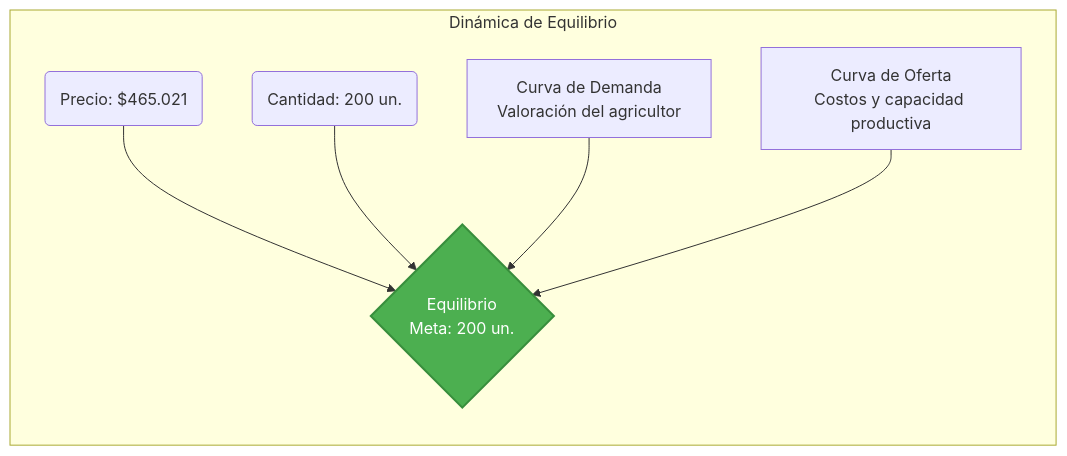
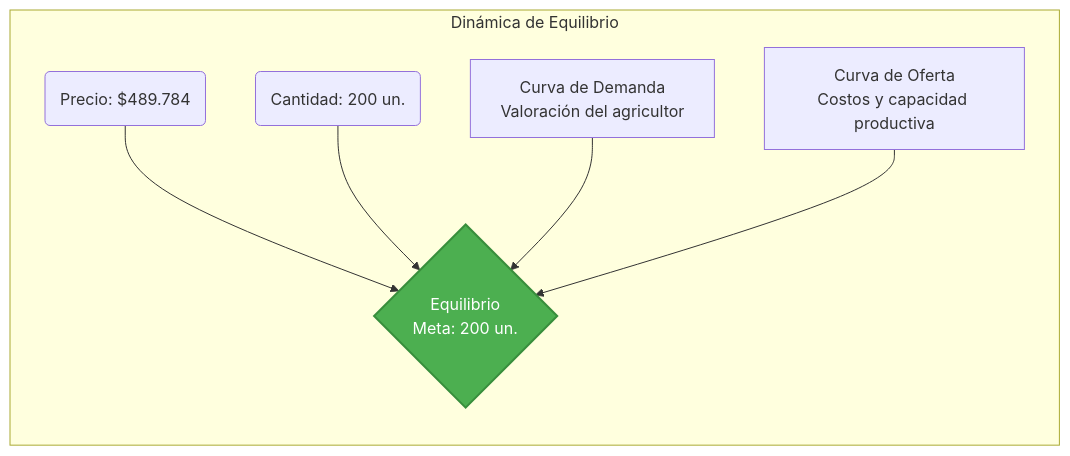
Before and after one commit to Alvarinhoooo7/TerraSence: the first of 3 diagrams in Comercializacion de Tecnologias/README.md, drawn with Mermaid. The commit also changed other lines of this file and 26 other files, not shown here.

````diff
--- a/Comercializacion de Tecnologias/README.md
+++ b/Comercializacion de Tecnologias/README.md
@@ -72,10 +72,10 @@
 ```mermaid
 graph LR
     subgraph Equilibrio ["Dinámica de Equilibrio"]
-        P(Precio: $465.021) --> E{Equilibrio<br>Meta: 200 un.}
+        P(Precio: $489.784) --> E{Equilibrio<br>Meta: 200 un.}
         Q(Cantidad: 200 un.) --> E
         D[Curva de Demanda<br>Valoración del agricultor] --> E
         O[Curva de Oferta<br>Costos y capacidad productiva] --> E
     end
     style E fill:#4caf50,stroke:#388e3c,stroke-width:2px,color:#fff
 ```
````
